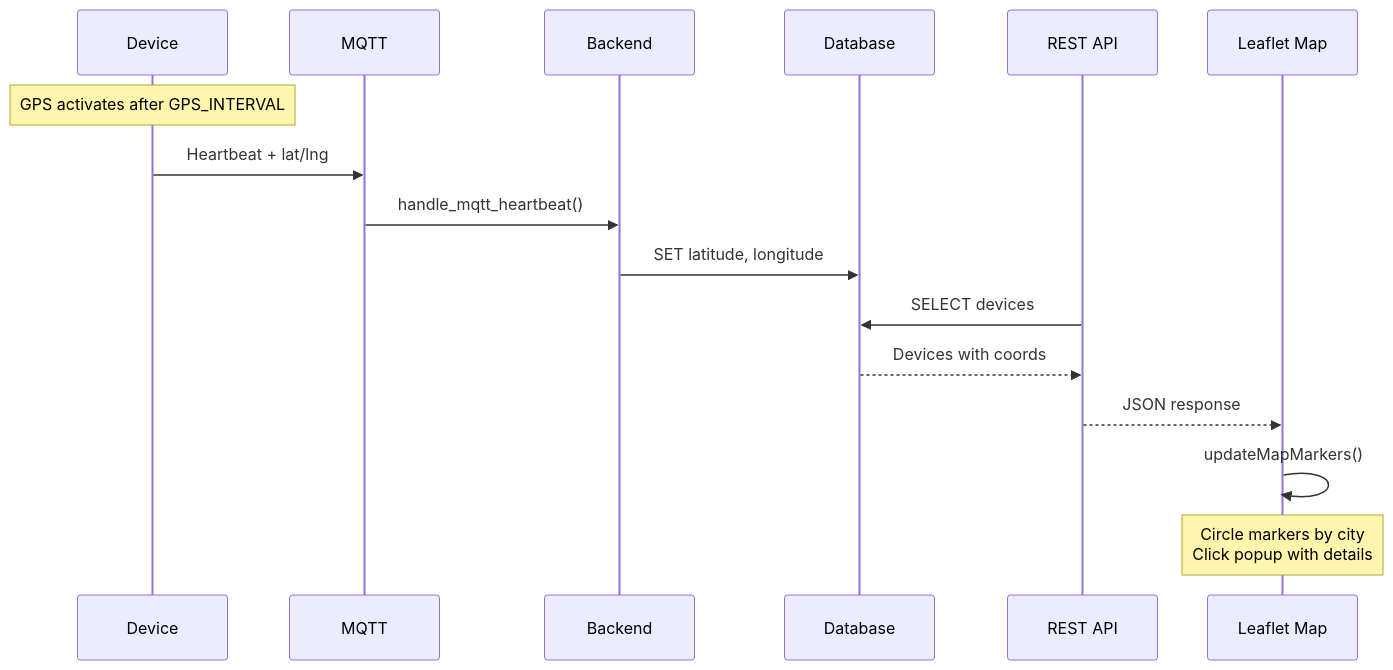
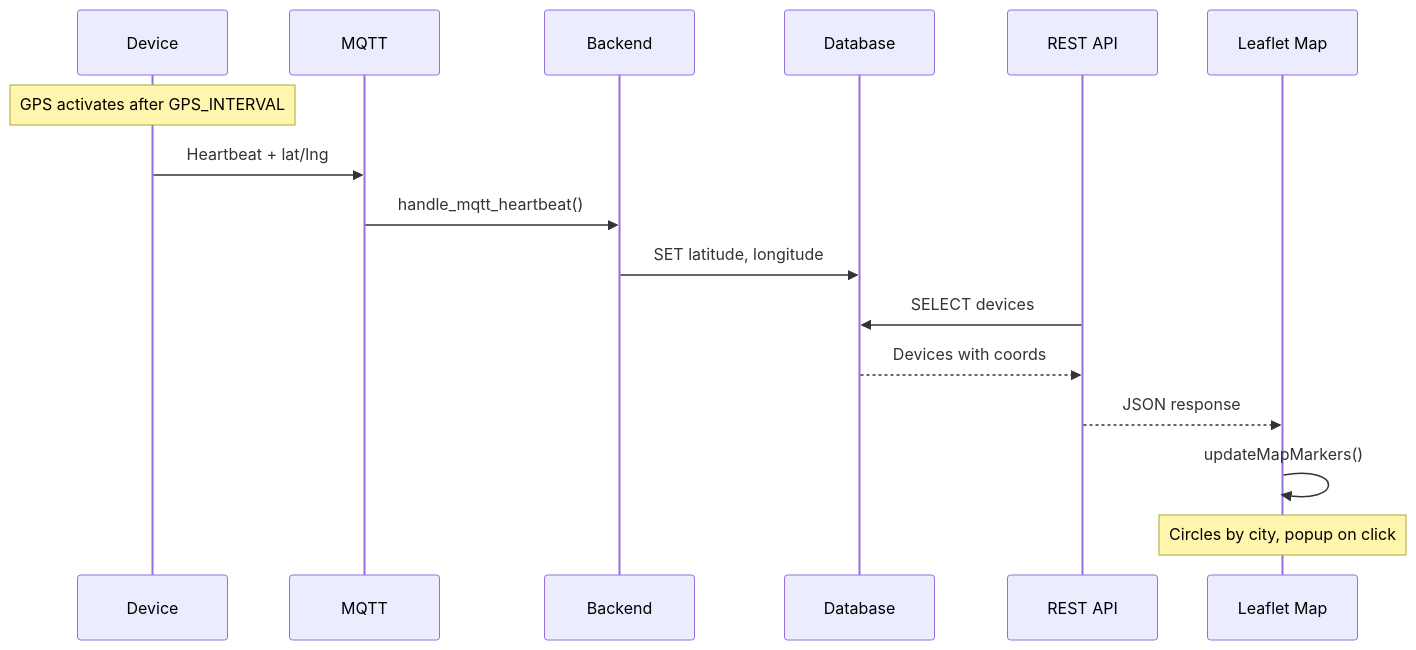
Before and after one commit to yevano09/fleet-management: the fourth of 4 diagrams in DEMO_GUIDE.md, drawn with Mermaid. The commit also changed other lines of this file and 3 other files, not shown here.

Commit message:
Updates diagrams - via mermaid <br>

````diff
--- a/DEMO_GUIDE.md
+++ b/DEMO_GUIDE.md
@@ -708,19 +708,19 @@
 ```mermaid
 sequenceDiagram
     participant D as Device
     participant MQ as MQTT
     participant BE as Backend
     participant DB as Database
     participant API as REST API
     participant MAP as Leaflet Map
 
     Note over D: GPS activates after GPS_INTERVAL
     D->>MQ: Heartbeat + lat/lng
     MQ->>BE: handle_mqtt_heartbeat()
     BE->>DB: SET latitude, longitude
     API->>DB: SELECT devices
     DB-->>API: Devices with coords
     API-->>MAP: JSON response
     MAP->>MAP: updateMapMarkers()
-    Note over MAP: Circle markers by city<br/>Click popup with details
+    Note over MAP: Circles by city, popup on click
 ```
````
